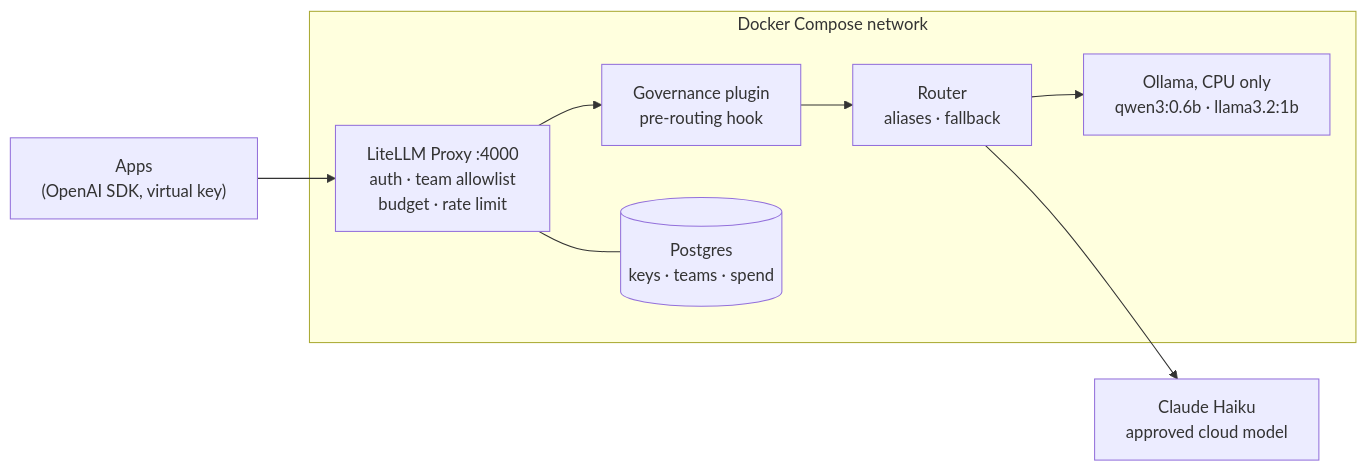
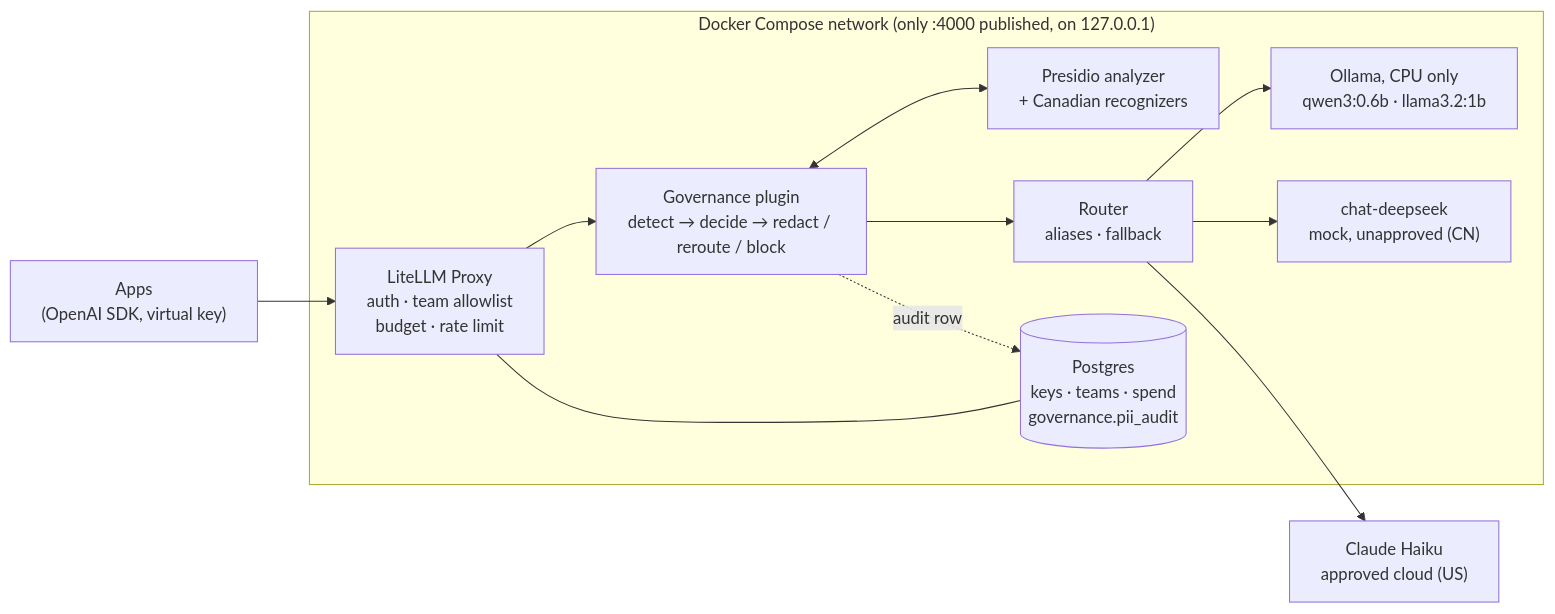
The diagram in README.md (javabbgit/llm-gateway-governance), drawn with Mermaid before and after one commit. The commit also changed other lines of this file and 32 other files, not shown here.

````diff
--- a/README.md
+++ b/README.md
@@ -15,11 +15,14 @@
 ```mermaid
 flowchart LR
     App["Apps<br/>(OpenAI SDK, virtual key)"] --> GW
-    subgraph net["Docker Compose network"]
-        GW["LiteLLM Proxy :4000<br/>auth · team allowlist<br/>budget · rate limit"] --> GP["Governance plugin<br/>pre-routing hook"]
+    subgraph net["Docker Compose network (only :4000 published, on 127.0.0.1)"]
+        GW["LiteLLM Proxy<br/>auth · team allowlist<br/>budget · rate limit"] --> GP["Governance plugin<br/>detect → decide → redact / reroute / block"]
+        GP <--> PR["Presidio analyzer<br/>+ Canadian recognizers"]
         GP --> R["Router<br/>aliases · fallback"]
         R --> O["Ollama, CPU only<br/>qwen3:0.6b · llama3.2:1b"]
-        GW --- PG[("Postgres<br/>keys · teams · spend")]
+        R --> DS["chat-deepseek<br/>mock, unapproved (CN)"]
+        GW --- PG[("Postgres<br/>keys · teams · spend<br/>governance.pii_audit")]
+        GP -. audit row .-> PG
     end
-    R --> C["Claude Haiku<br/>approved cloud model"]
+    R --> C["Claude Haiku<br/>approved cloud (US)"]
 ```
````
